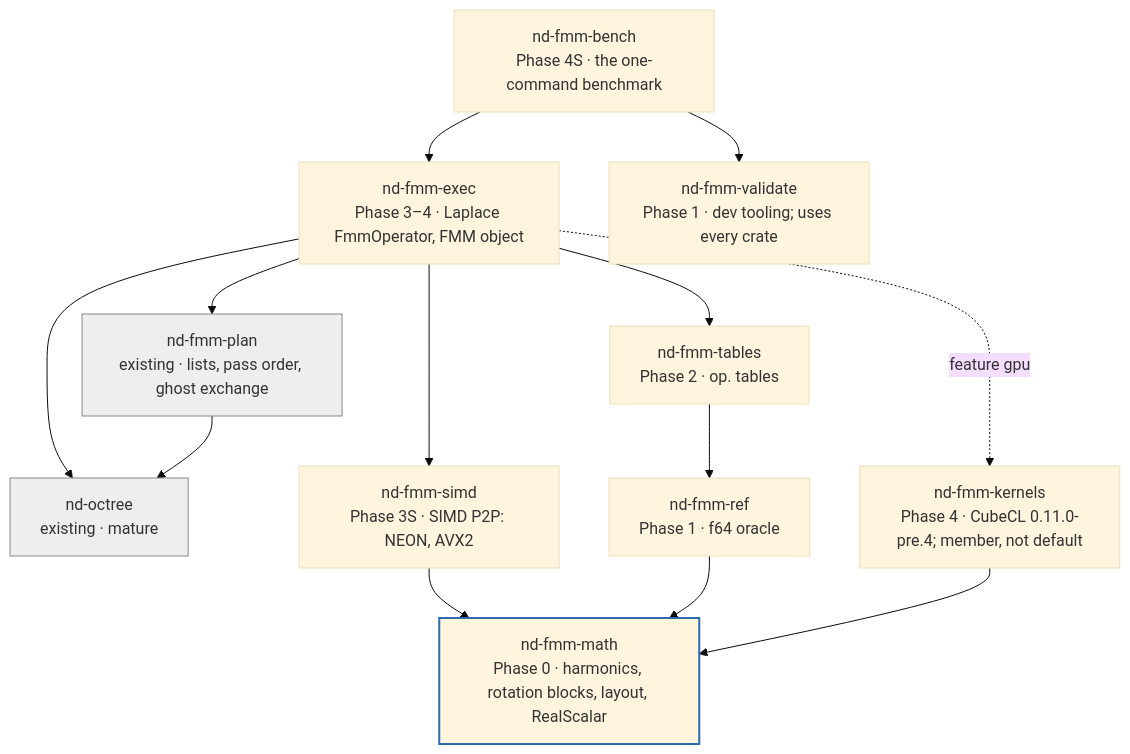
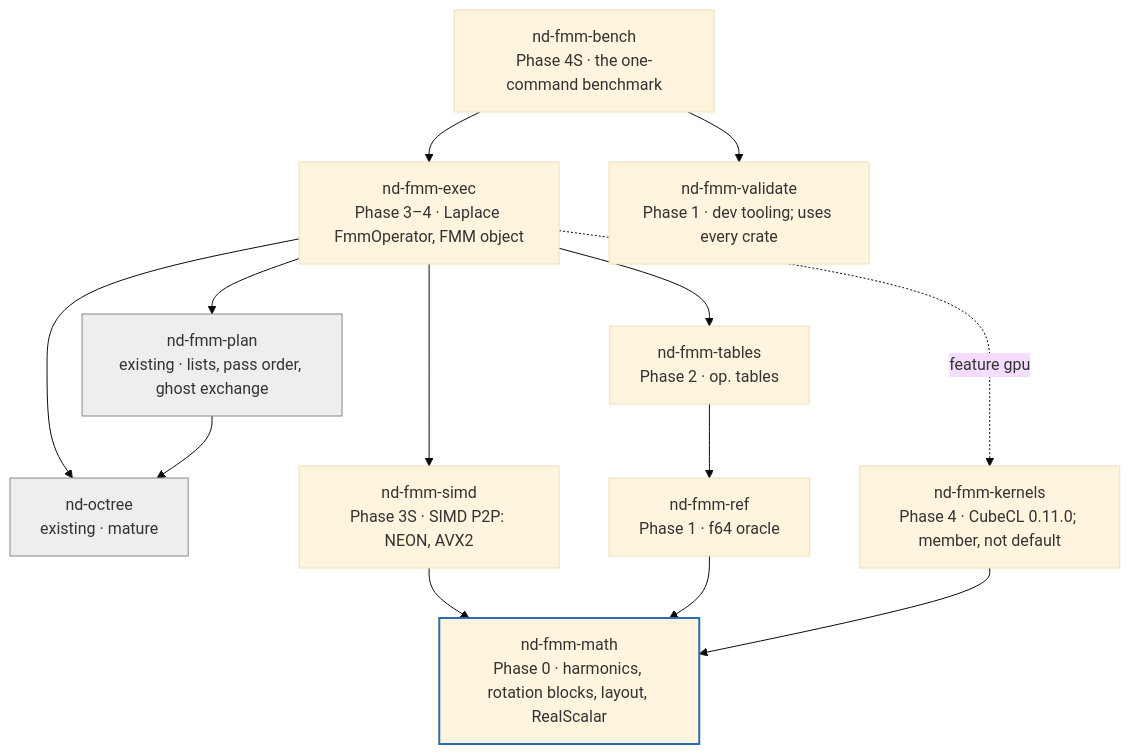
One commit to tbetcke/fmm changed the diagram in docs/design/workspace-structure.md. Above: the diagram before and after it, drawn with Mermaid (base theme). The commit also changed other lines of this file and 13 other files, not shown here.

First line of the commit message:
Phase 5S T1s: CubeCL 0.11.0

````diff
--- a/docs/design/workspace-structure.md
+++ b/docs/design/workspace-structure.md
@@ -178,27 +178,27 @@
 ```mermaid
 flowchart TB
   exec["nd-fmm-exec<br/>Phase 3–4 · Laplace FmmOperator, FMM object"]
   plan["nd-fmm-plan<br/>existing · lists, pass order, ghost exchange"]:::existing
   octree["nd-octree<br/>existing · mature"]:::existing
   tables["nd-fmm-tables<br/>Phase 2 · op. tables"]
-  kernels["nd-fmm-kernels<br/>Phase 4 · CubeCL 0.11.0-pre.4; member, not default"]
+  kernels["nd-fmm-kernels<br/>Phase 4 · CubeCL 0.11.0; member, not default"]
   ref["nd-fmm-ref<br/>Phase 1 · f64 oracle"]
   math["nd-fmm-math<br/>Phase 0 · harmonics, rotation blocks, layout, RealScalar"]:::phase0
   validate["nd-fmm-validate<br/>Phase 1 · dev tooling; uses every crate"]
   simd["nd-fmm-simd<br/>Phase 3S · SIMD P2P: NEON, AVX2"]
   bench["nd-fmm-bench<br/>Phase 4S · the one-command benchmark"]
   bench --> exec
   bench --> validate
   exec --> plan
   exec --> octree
   plan --> octree
   exec --> tables
   exec -. "feature gpu" .-> kernels
   exec --> simd
   simd --> math
   tables --> ref
   ref --> math
   kernels --> math
   classDef existing fill:#eeeeee,stroke:#888888
   classDef phase0 stroke:#2b6cb0,stroke-width:2px
 ```
````
